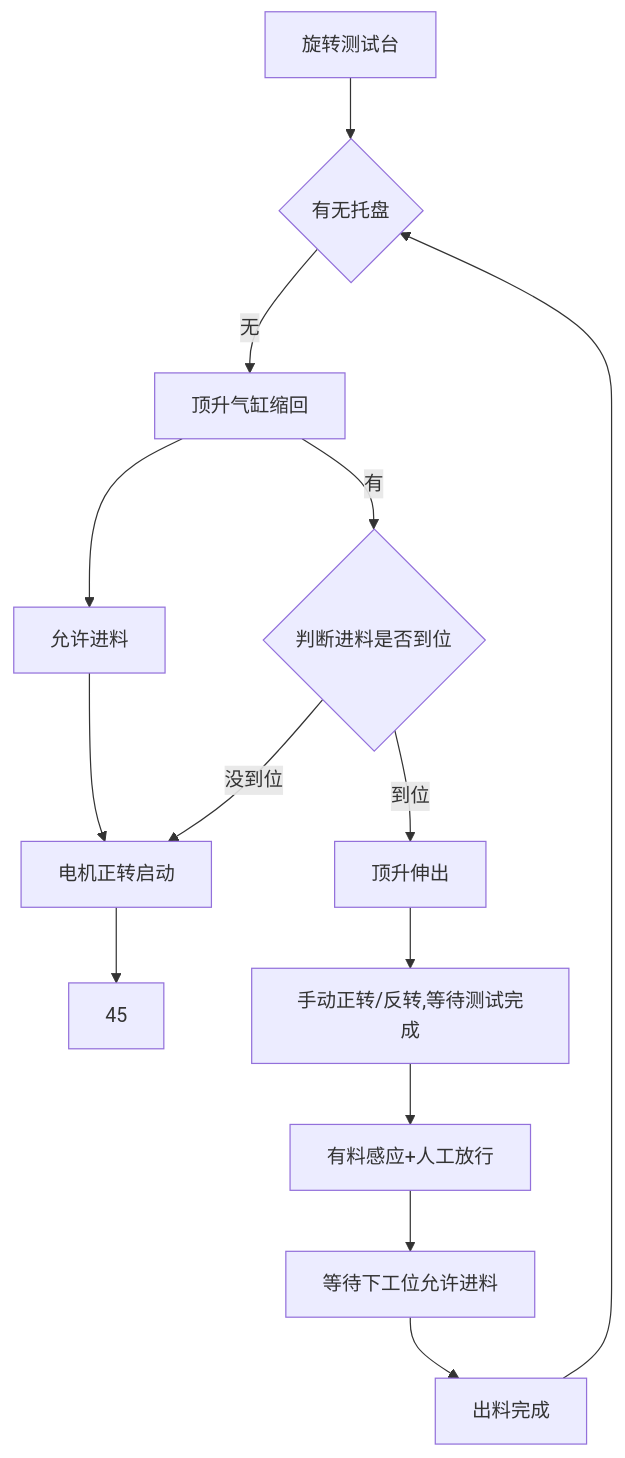
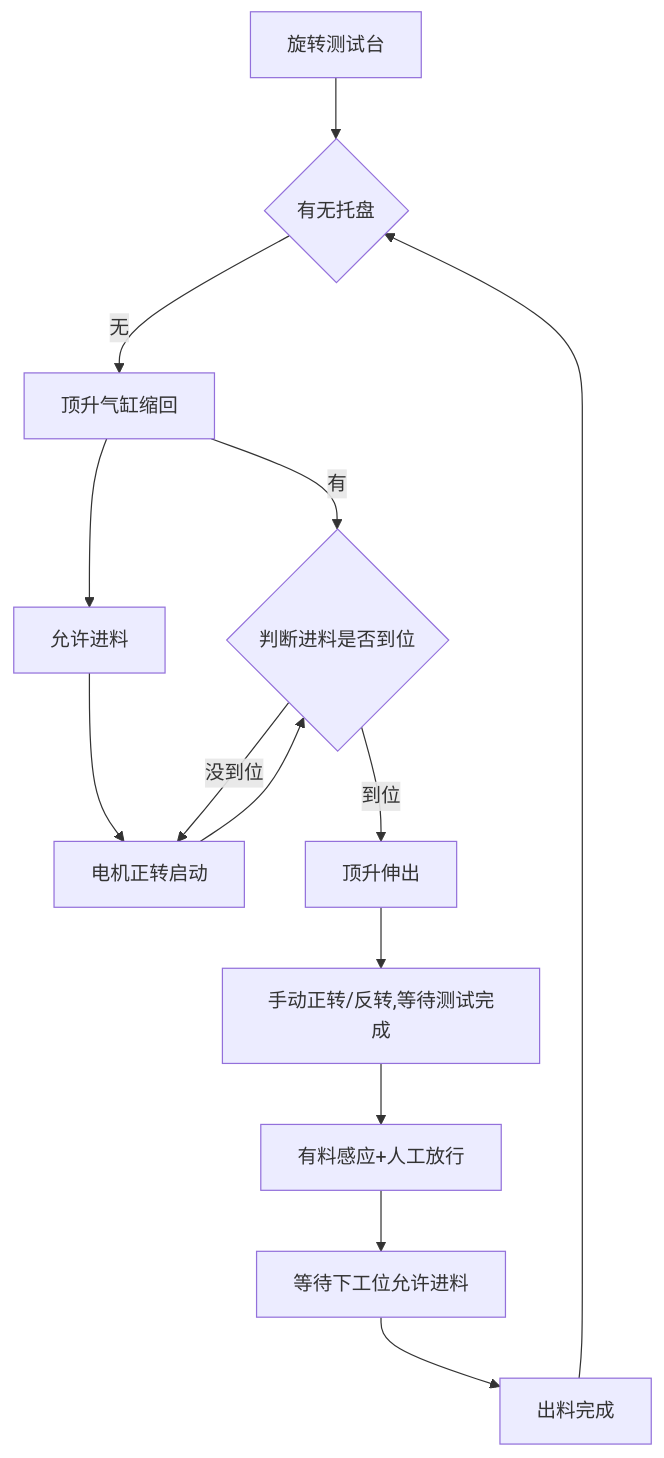
One commit to PengKun1/iodraw-files changed the diagram in all/旋转测试台.md. Above: the diagram before and after it, drawn with Mermaid.

Commit message:
2024-12-23 16:43:29 update

````diff
--- a/all/旋转测试台.md
+++ b/all/旋转测试台.md
@@ -1,16 +1,16 @@
 ```mermaid
 graph TD
 0[旋转测试台]-->10
 10{有无托盘}-->|无|20
 20-->|有|50
 20[顶升气缸缩回]-->30
 30[允许进料]-->40
-40[电机正转启动]-->45
+40[电机正转启动]-->50
 50{判断进料是否到位}-->|到位|60 
 50-->|没到位|40
 60[顶升伸出]-->70
 70[手动正转/反转,等待测试完成]-->80
 80[有料感应+人工放行]-->90
 90[等待下工位允许进料]-->100
 100[出料完成]-->10
 ```
````
